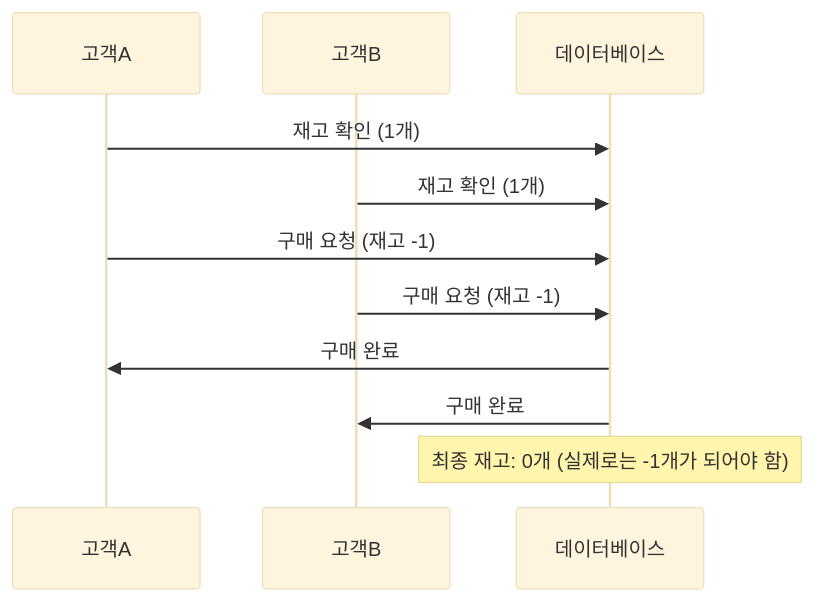
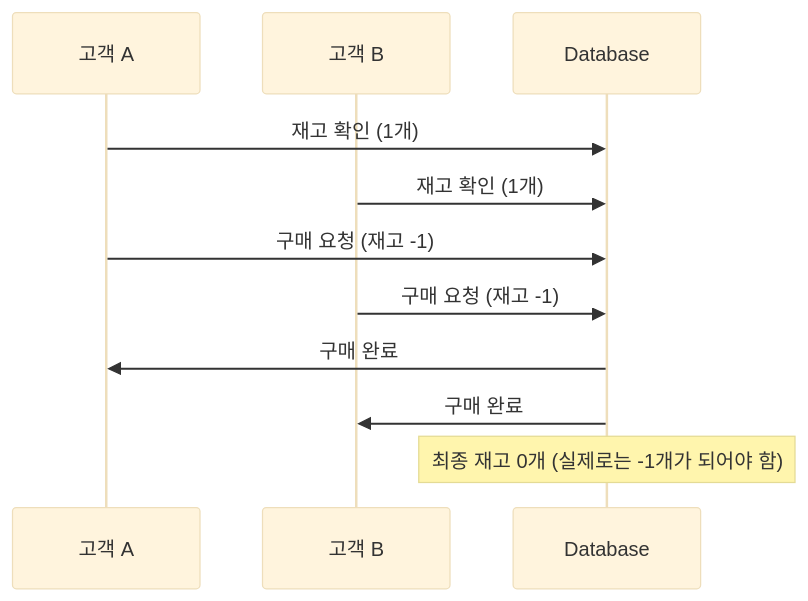
One commit to choesimin/choesimin.github.io changed the first of 4 diagrams in collections/_drafts/skills/database/transaction/concurrency-control.md. Above: the diagram before and after it, drawn with Mermaid (base theme). The commit also changed other lines of this file, not shown here.

````diff
--- a/collections/_drafts/skills/database/transaction/concurrency-control.md
+++ b/collections/_drafts/skills/database/transaction/concurrency-control.md
@@ -43,14 +43,15 @@
 ```mermaid
 sequenceDiagram
-    participant 고객A
-    participant 고객B
-    participant 데이터베이스
 
-    고객A->>데이터베이스: 재고 확인 (1개)
-    고객B->>데이터베이스: 재고 확인 (1개)
-    고객A->>데이터베이스: 구매 요청 (재고 -1)
-    고객B->>데이터베이스: 구매 요청 (재고 -1)
-    데이터베이스->>고객A: 구매 완료
-    데이터베이스->>고객B: 구매 완료
-    Note over 데이터베이스: 최종 재고: 0개 (실제로는 -1개가 되어야 함)
+participant a as 고객 A
+participant b as 고객 B
+participant db as Database
+
+a ->> db : 재고 확인 (1개)
+b ->> db : 재고 확인 (1개)
+a ->> db : 구매 요청 (재고 -1)
+b ->> db : 구매 요청 (재고 -1)
+db ->> a : 구매 완료
+db ->> b : 구매 완료
+Note over db : 최종 재고 0개 (실제로는 -1개가 되어야 함)
 ```
````
